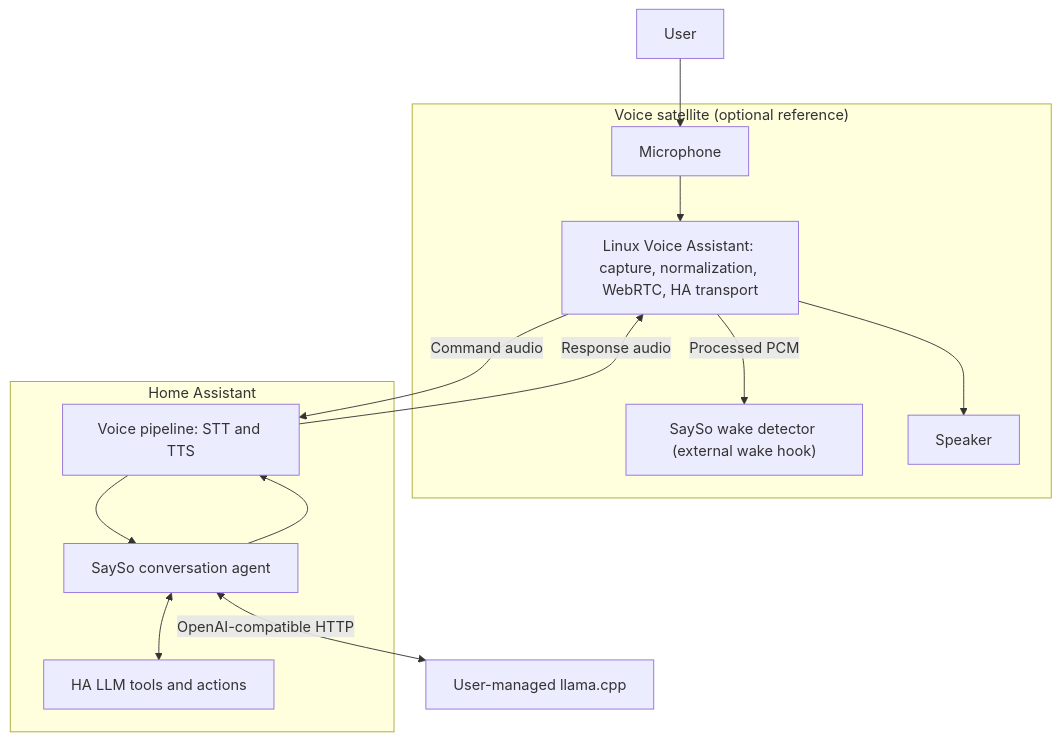
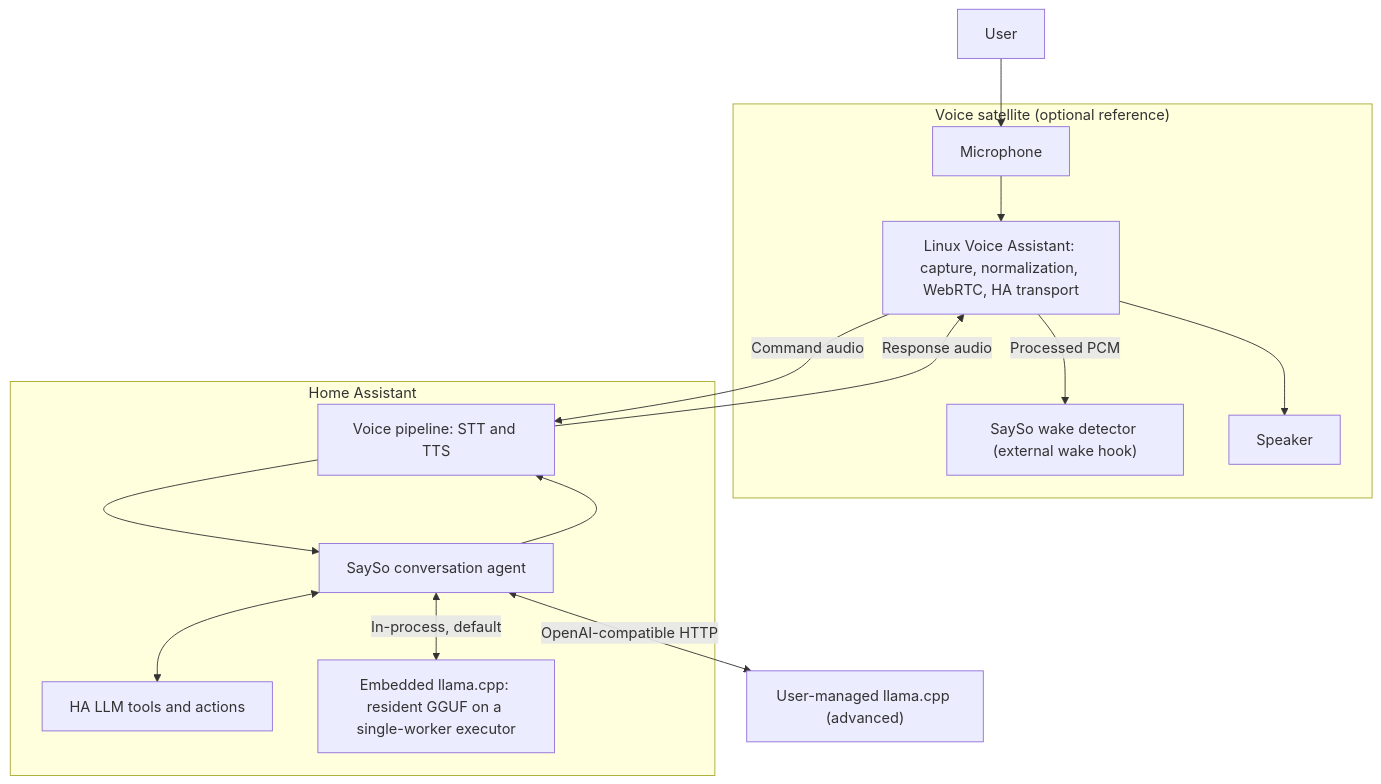
Before and after one commit to mossipcams/SaySo: the diagram in ARCHITECTURE.md, drawn with Mermaid. The commit also changed other lines of this file and 7 other files, not shown here.

````diff
--- a/ARCHITECTURE.md
+++ b/ARCHITECTURE.md
@@ -21,26 +22,28 @@
 ```mermaid
 flowchart TD
     User["User"]
     subgraph Satellite["Voice satellite (optional reference)"]
         Mic["Microphone"]
         LVA["Linux Voice Assistant: capture, normalization, WebRTC, HA transport"]
         Wake["SaySo wake detector (external wake hook)"]
         Speaker["Speaker"]
         Mic --> LVA
         LVA -->|Processed PCM| Wake
         LVA --> Speaker
     end
     subgraph HA["Home Assistant"]
         Pipeline["Voice pipeline: STT and TTS"]
         Agent["SaySo conversation agent"]
         Tools["HA LLM tools and actions"]
+        Embedded["Embedded llama.cpp: resident GGUF on a single-worker executor"]
         Pipeline --> Agent
         Agent <--> Tools
         Agent --> Pipeline
+        Agent <-->|In-process, default| Embedded
     end
-    Model["User-managed llama.cpp"]
+    Model["User-managed llama.cpp (advanced)"]
     User --> Mic
     LVA -->|Command audio| Pipeline
     Pipeline -->|Response audio| LVA
     Agent <-->|OpenAI-compatible HTTP| Model
 ```
````
